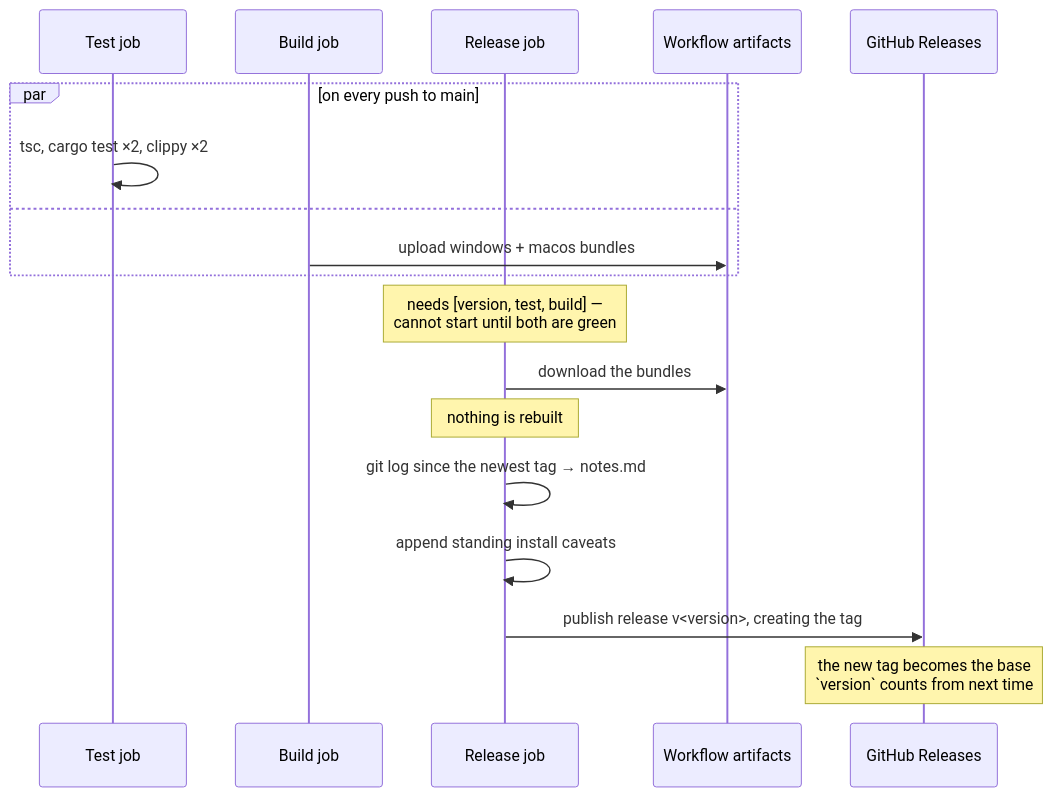
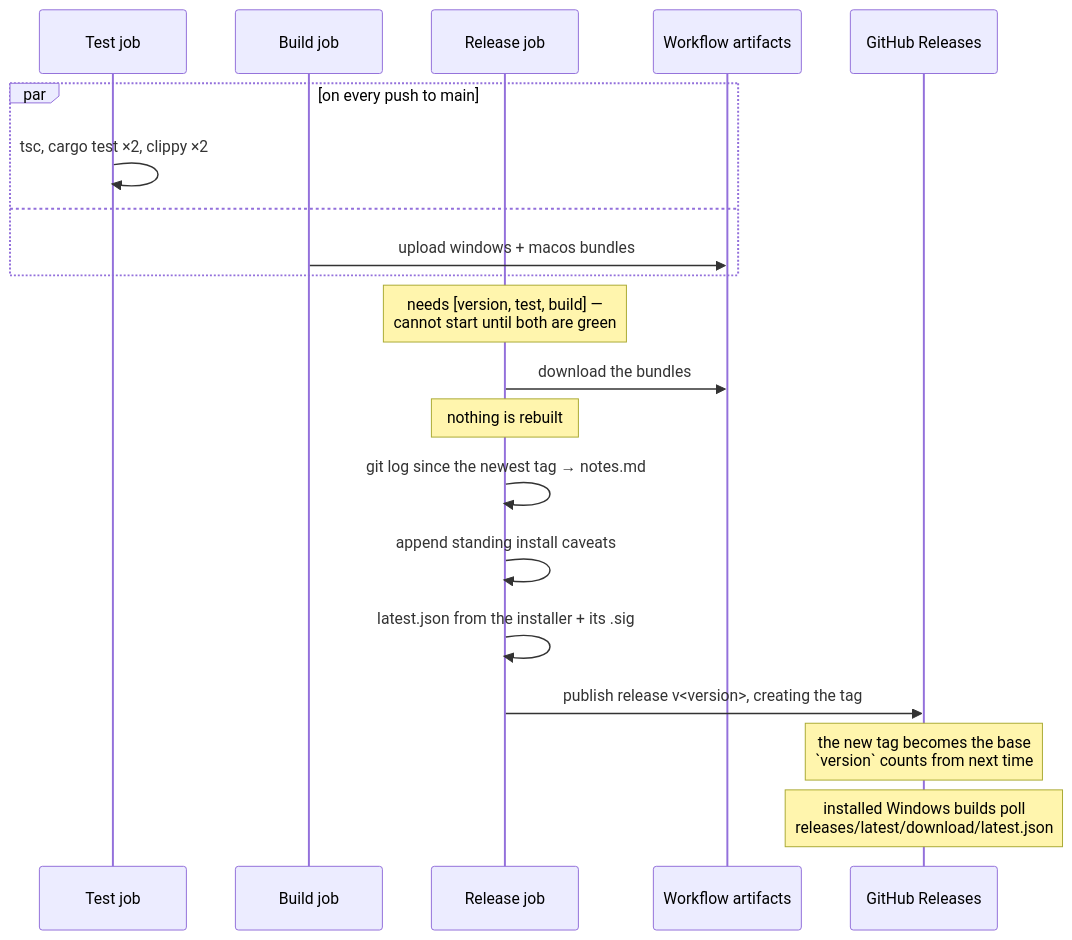
Before and after one commit to NinjaGoldfinch/ninja-recorder: the third of 3 diagrams in docs/ci-and-releases.md, drawn with Mermaid. The commit also changed other lines of this file and 23 other files, not shown here.

````diff
--- a/docs/ci-and-releases.md
+++ b/docs/ci-and-releases.md
@@ -133,21 +133,23 @@
 ```mermaid
 sequenceDiagram
     participant T as Test job
     participant B as Build job
     participant CI as Release job
     participant A as Workflow artifacts
     participant G as GitHub Releases
 
     par on every push to main
         T->>T: tsc, cargo test ×2, clippy ×2
     and
         B->>A: upload windows + macos bundles
     end
     Note over CI: needs [version, test, build] —<br/>cannot start until both are green
     CI->>A: download the bundles
     Note over CI: nothing is rebuilt
     CI->>CI: git log since the newest tag → notes.md
     CI->>CI: append standing install caveats
+    CI->>CI: latest.json from the installer + its .sig
     CI->>G: publish release v<version>, creating the tag
     Note over G: the new tag becomes the base<br/>`version` counts from next time
+    Note over G: installed Windows builds poll<br/>releases/latest/download/latest.json
 ```
````
